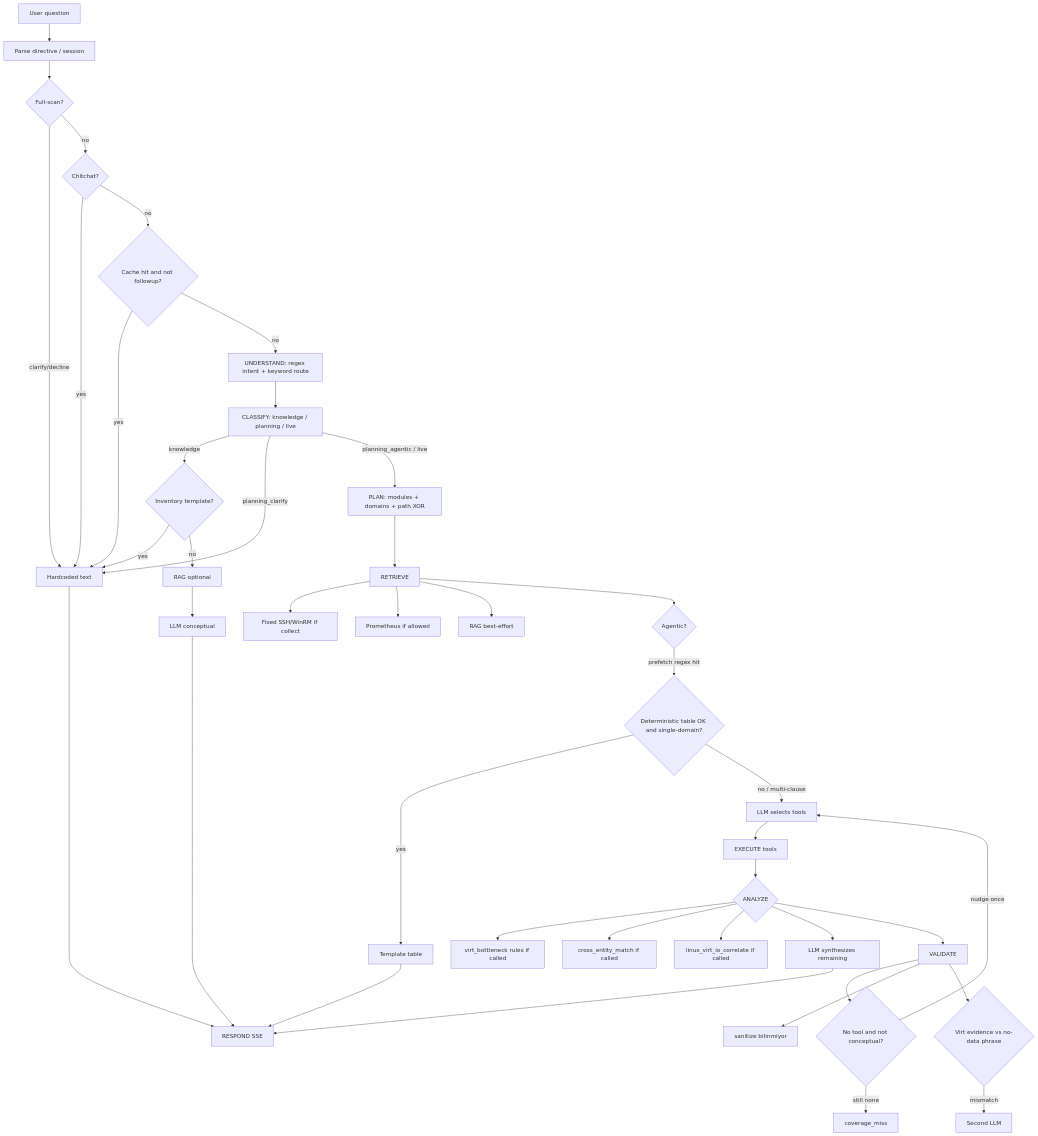
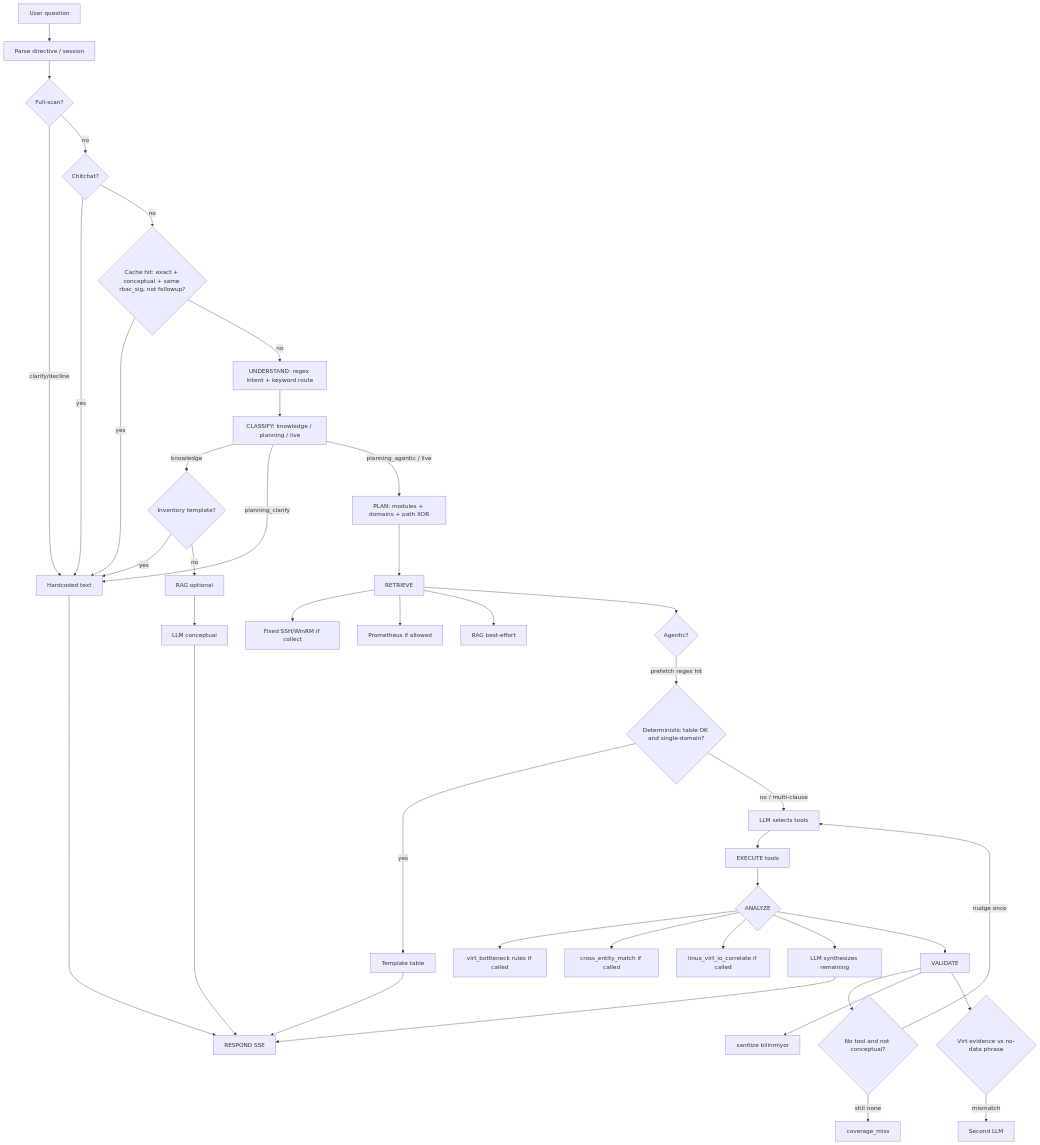
The first of 5 diagrams in docs/guides/en/modules/ai-architecture.md (datatemteknoloji/ai_eyup), drawn with Mermaid before and after one commit. The commit also changed other lines of this file and 611 other files, not shown here.

````diff
--- a/docs/guides/en/modules/ai-architecture.md
+++ b/docs/guides/en/modules/ai-architecture.md
@@ -734,48 +807,48 @@
 ```mermaid
 flowchart TD
   U[User question] --> P[Parse directive / session]
   P --> FS{Full-scan?}
   FS -->|clarify/decline| R0[Hardcoded text]
   FS -->|no| CC{Chitchat?}
   CC -->|yes| R0
-  CC -->|no| CACHE{Cache hit and not followup?}
+  CC -->|no| CACHE{Cache hit: exact + conceptual + same rbac_sig, not followup?}
   CACHE -->|yes| R0
   CACHE -->|no| UND[UNDERSTAND: regex intent + keyword route]
 
   UND --> CLS[CLASSIFY: knowledge / planning / live]
   CLS -->|knowledge| K{Inventory template?}
   K -->|yes| R0
   K -->|no| RAG1[RAG optional] --> LLM1[LLM conceptual]
   CLS -->|planning_clarify| R0
   CLS -->|planning_agentic / live| PLAN[PLAN: modules + domains + path XOR]
 
   PLAN --> RET[RETRIEVE]
   RET --> C1[Fixed SSH/WinRM if collect]
   RET --> C2[Prometheus if allowed]
   RET --> C3[RAG best-effort]
   RET --> C4{Agentic?}
 
   C4 -->|prefetch regex hit| DET{Deterministic table OK and single-domain?}
   DET -->|yes| R1[Template table]
   DET -->|no / multi-clause| LOOP[LLM selects tools]
 
   LOOP --> EX[EXECUTE tools]
   EX --> AN{ANALYZE}
   AN --> BOT[virt_bottleneck rules if called]
   AN --> JOIN[cross_entity_match if called]
   AN --> IO[linux_virt_io_correlate if called]
   AN --> LLM2[LLM synthesizes remaining]
 
   AN --> VAL[VALIDATE]
   VAL --> NUDGE{No tool and not conceptual?}
   NUDGE -->|nudge once| LOOP
   NUDGE -->|still none| MISS[coverage_miss]
   VAL --> SAN[sanitize bilinmiyor]
   VAL --> EV{Virt evidence vs no-data phrase}
   EV -->|mismatch| RETRY[Second LLM]
 
   LLM1 --> RESP[RESPOND SSE]
   LLM2 --> RESP
   R0 --> RESP
   R1 --> RESP
 ```
````
